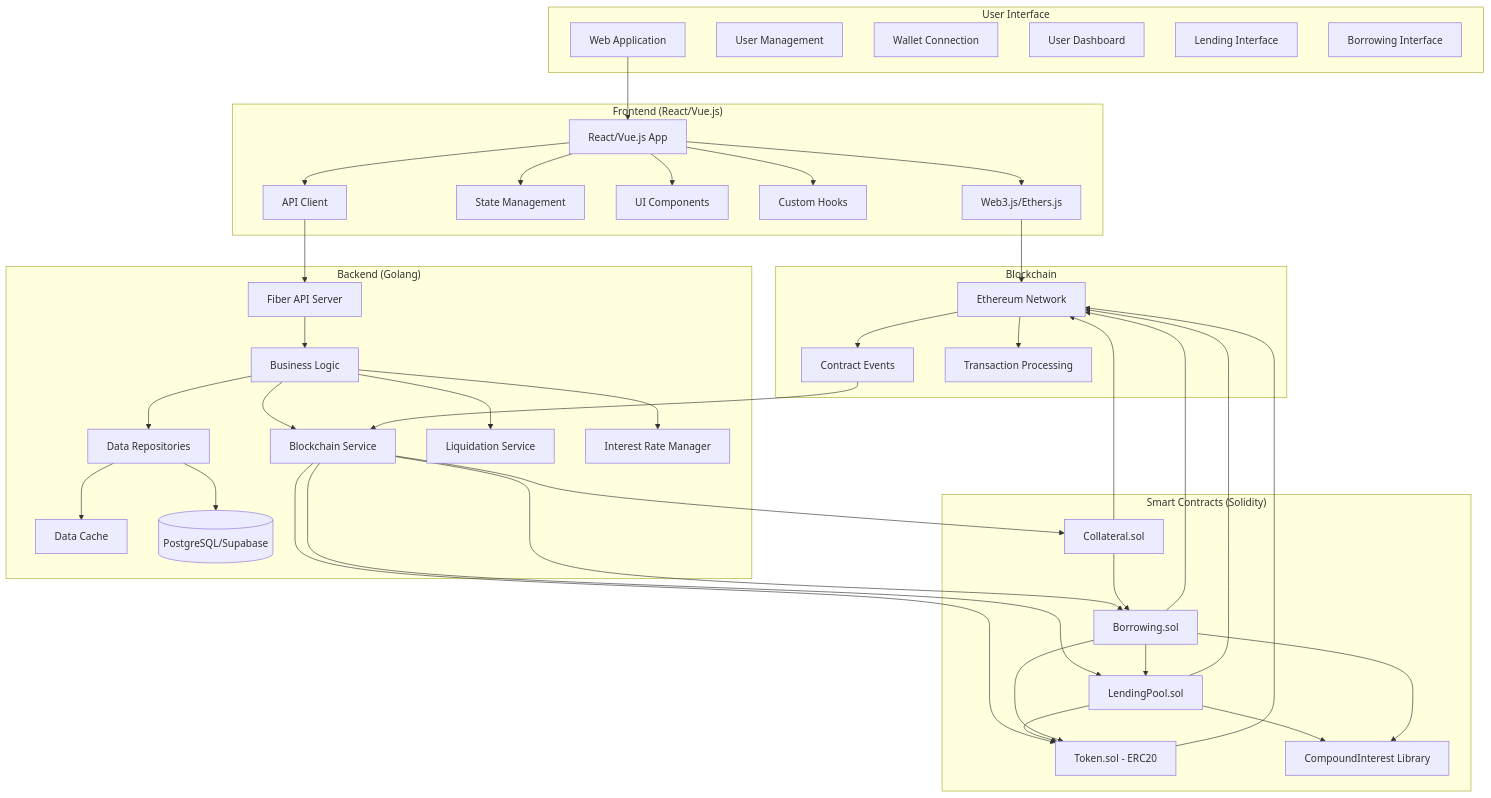
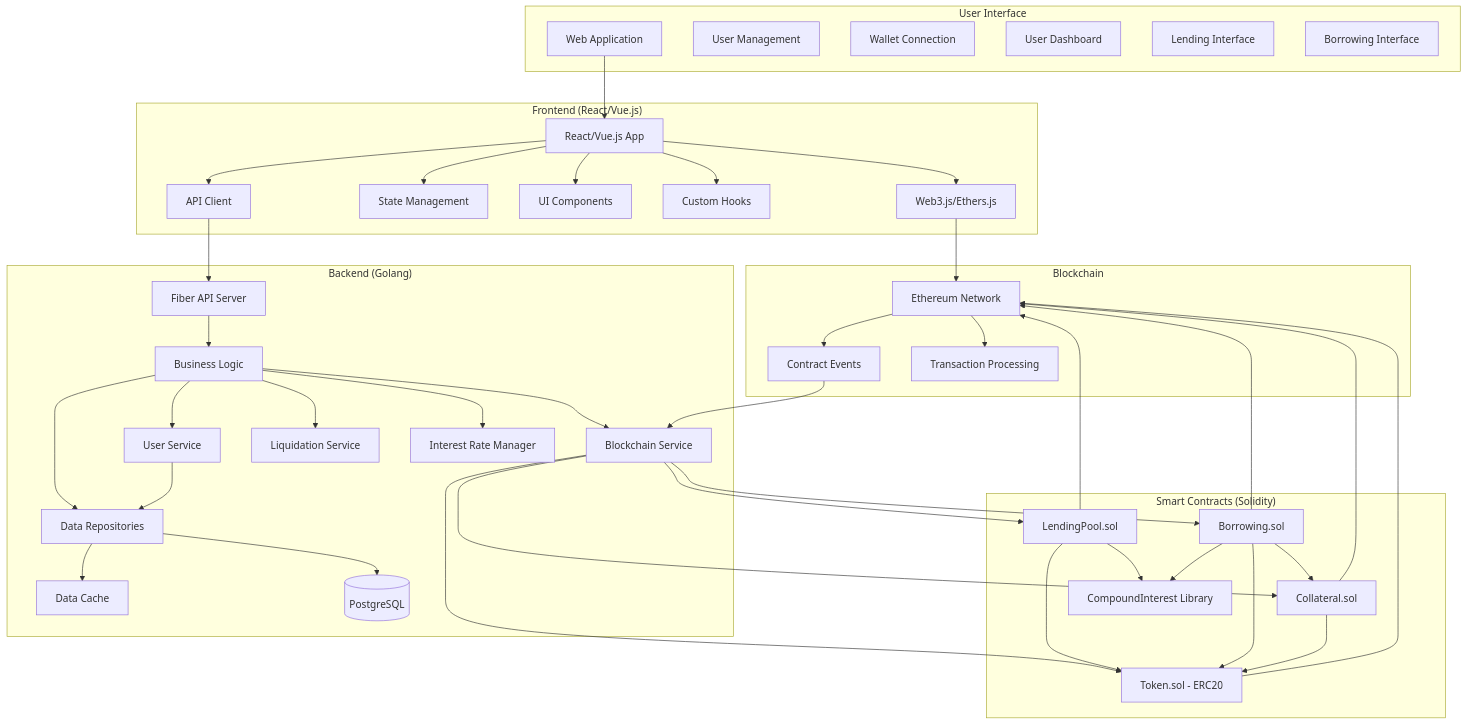
The diagram in README.md (Mattouff/Lending-Borrowing), drawn with Mermaid before and after one commit. The commit also changed other lines of this file, not shown here.

```diff
--- a/README.md
+++ b/README.md
@@ -27,12 +27,13 @@
     subgraph "Backend (Golang)"
         Server[Fiber API Server]
         BL[Business Logic]
+        UserService[User Service]
         Repos[Data Repositories]
         BlockchainService[Blockchain Service]
         Liquidator[Liquidation Service]
         InterestCalculator[Interest Rate Manager]
         Cache[Data Cache]
-        DB[(PostgreSQL/Supabase)]
+        DB[(PostgreSQL)]
     end
 
     subgraph "Smart Contracts (Solidity)"
@@ -65,10 +66,12 @@
 
     %% Backend Internal Connections
     Server --> BL
+    BL --> UserService
     BL --> Repos
     BL --> BlockchainService
     BL --> Liquidator
     BL --> InterestCalculator
+    UserService --> Repos
     Repos --> DB
     Repos --> Cache
 
@@ -81,8 +84,8 @@
     %% Smart Contract Connections
     LendingPool --> Token
     Borrowing --> Token
-    Borrowing --> LendingPool
-    Collateral --> Borrowing
+    Borrowing --> Collateral
+    Collateral --> Token
     LendingPool --> Interest
     Borrowing --> Interest
 
```
